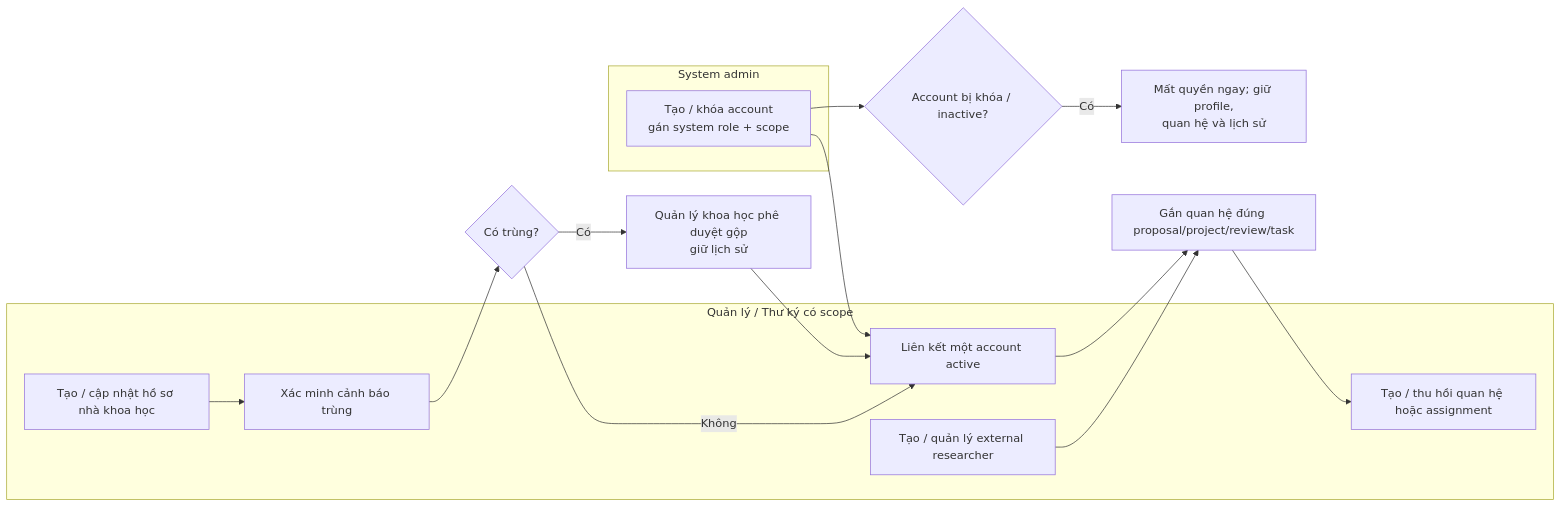
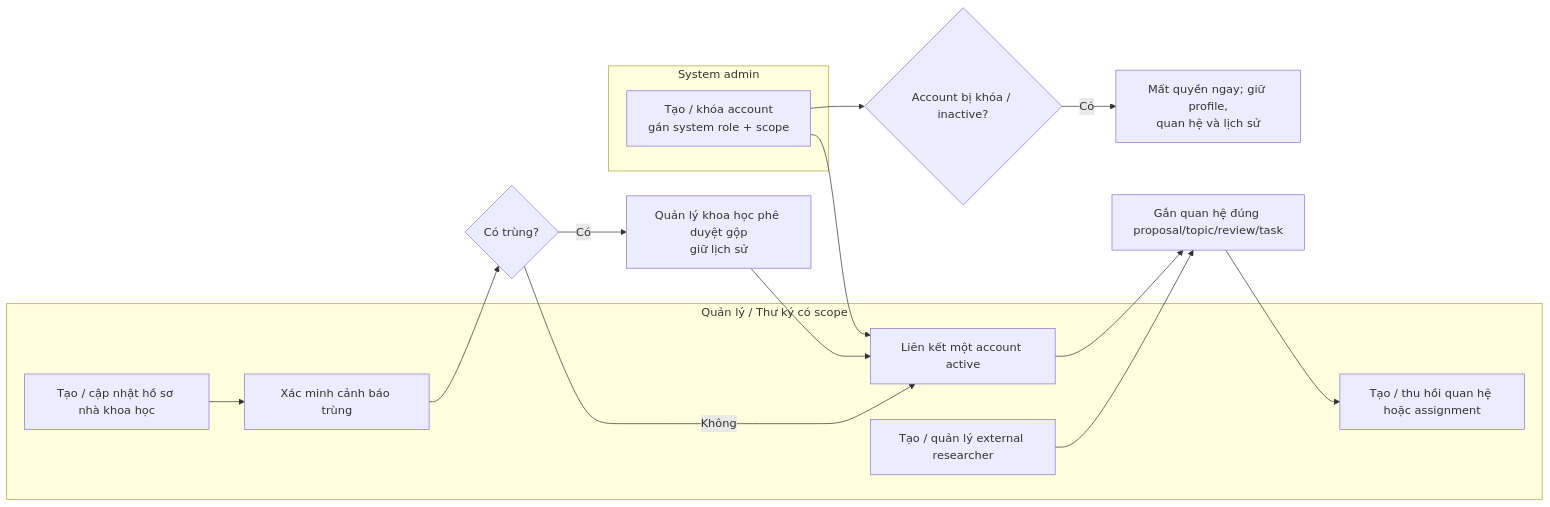
One commit to thanhdotien278/DocManS changed the seventh of 10 diagrams in docs/user-flows.md. Above: the diagram before and after it, drawn with Mermaid. The commit also changed other lines of this file and 66 other files, not shown here.

````diff
--- a/docs/user-flows.md
+++ b/docs/user-flows.md
@@ -192,24 +189,24 @@
 ```mermaid
 flowchart LR
   subgraph profile_staff["Quản lý / Thư ký có scope"]
     create_profile["Tạo / cập nhật hồ sơ nhà khoa học"]
     verify["Xác minh cảnh báo trùng"]
     link["Liên kết một account active"]
     external_user["Tạo / quản lý external researcher"]
     assignment["Tạo / thu hồi quan hệ hoặc assignment"]
   end
 
   subgraph admin_lane["System admin"]
     account_admin["Tạo / khóa account<br/>gán system role + scope"]
   end
 
   create_profile --> verify --> merge_decision{"Có trùng?"}
   merge_decision -- "Không" --> link
   merge_decision -- "Có" --> merge["Quản lý khoa học phê duyệt gộp<br/>giữ lịch sử"] --> link
   account_admin --> link
-  link --> relation["Gắn quan hệ đúng proposal/project/review/task"]
+  link --> relation["Gắn quan hệ đúng proposal/topic/review/task"]
   external_user --> relation
   relation --> assignment
   account_admin --> locked{"Account bị khóa / inactive?"}
   locked -- "Có" --> revoke["Mất quyền ngay; giữ profile,<br/>quan hệ và lịch sử"]
 ```
````
